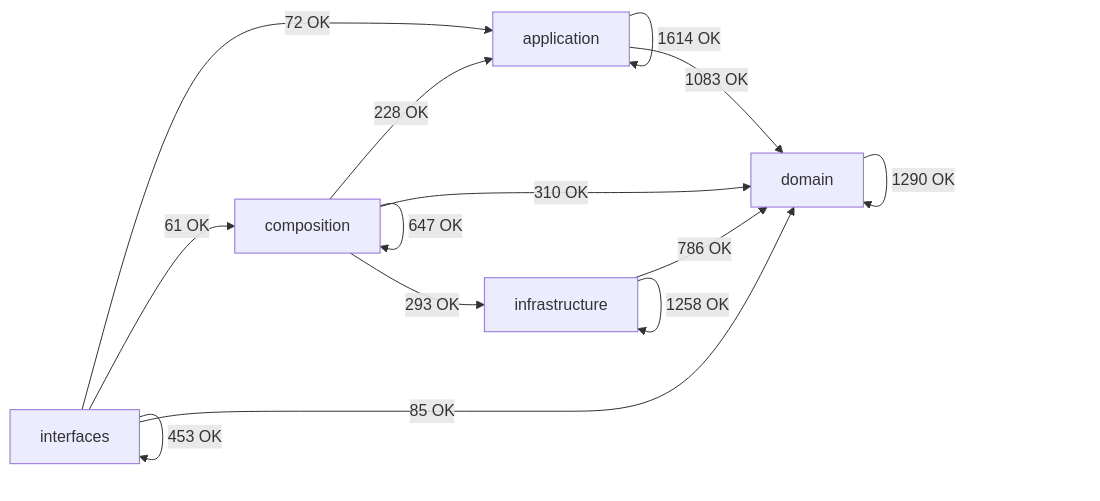
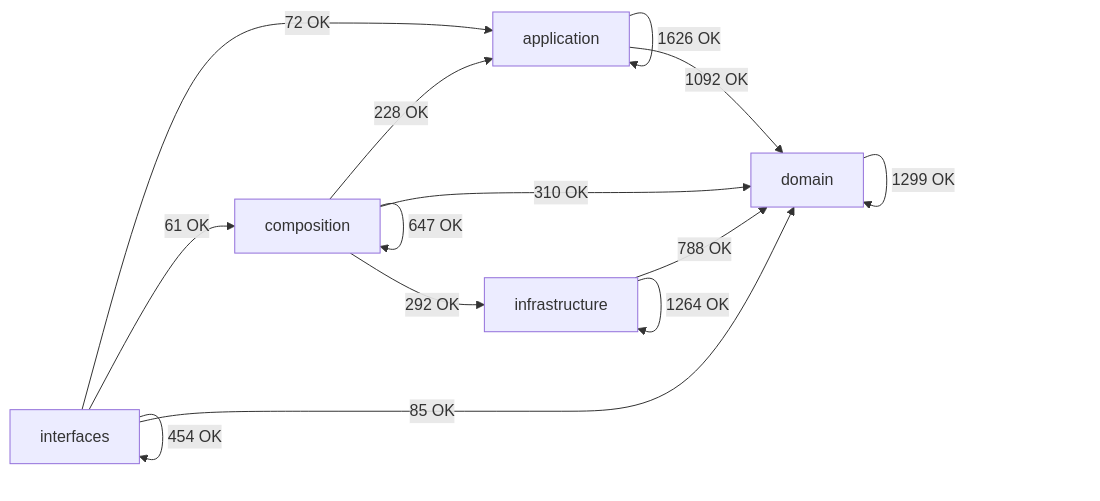
One commit to SatoryKono/BioactivityDataAcquisition changed the diagram in docs/02-architecture/generated/module-dependency-map.md. Above: the diagram before and after it, drawn with Mermaid. The commit also changed other lines of this file and 262 other files, not shown here.

````diff
--- a/docs/02-architecture/generated/module-dependency-map.md
+++ b/docs/02-architecture/generated/module-dependency-map.md
@@ -17,21 +17,21 @@
 ```mermaid
 flowchart LR
     domain[domain]
     application[application]
     infrastructure[infrastructure]
     composition[composition]
     interfaces[interfaces]
-    application -->|1614 OK| application
-    application -->|1083 OK| domain
+    application -->|1626 OK| application
+    application -->|1092 OK| domain
     composition -->|228 OK| application
     composition -->|647 OK| composition
     composition -->|310 OK| domain
-    composition -->|293 OK| infrastructure
-    domain -->|1290 OK| domain
-    infrastructure -->|786 OK| domain
-    infrastructure -->|1258 OK| infrastructure
+    composition -->|292 OK| infrastructure
+    domain -->|1299 OK| domain
+    infrastructure -->|788 OK| domain
+    infrastructure -->|1264 OK| infrastructure
     interfaces -->|72 OK| application
     interfaces -->|61 OK| composition
     interfaces -->|85 OK| domain
-    interfaces -->|453 OK| interfaces
+    interfaces -->|454 OK| interfaces
 ```
````
